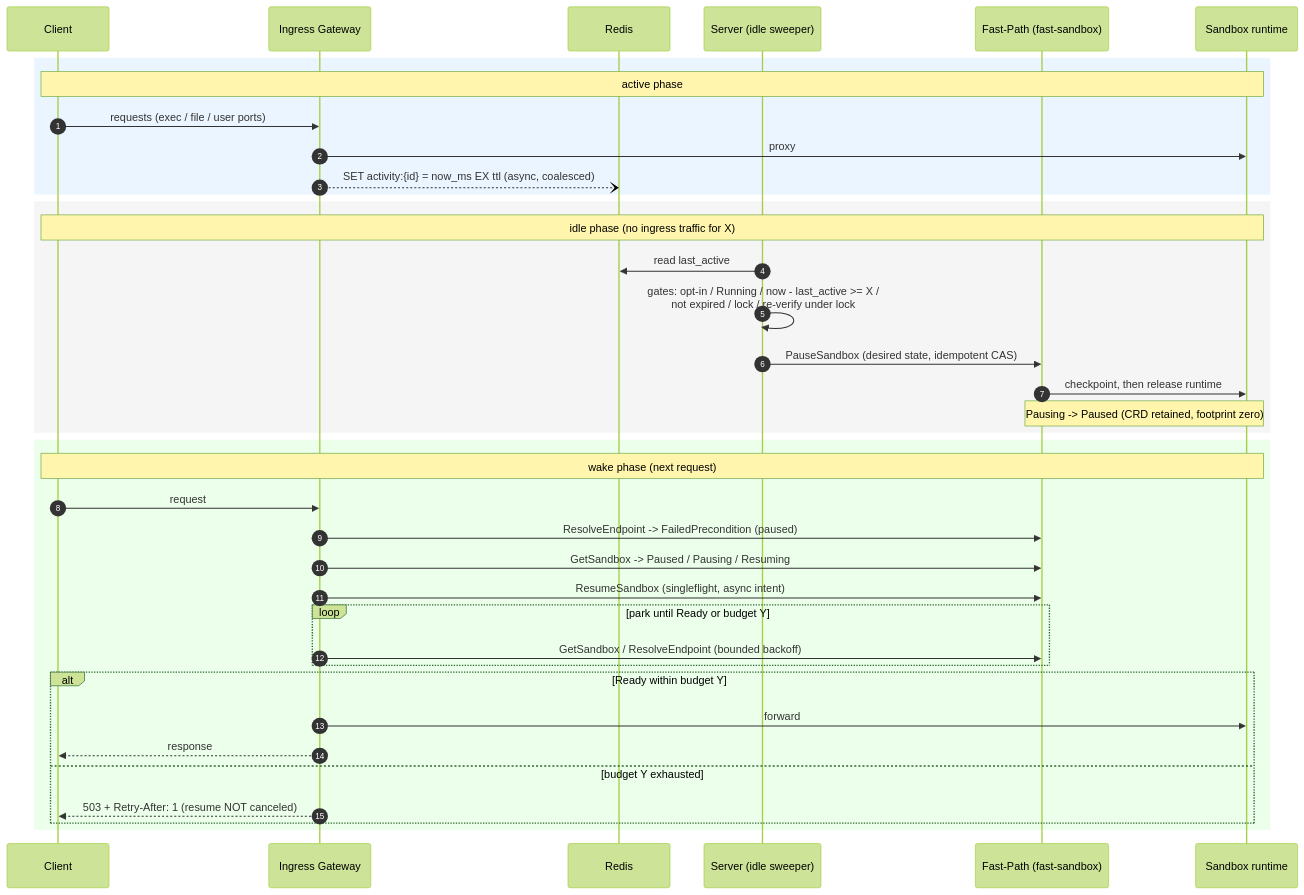
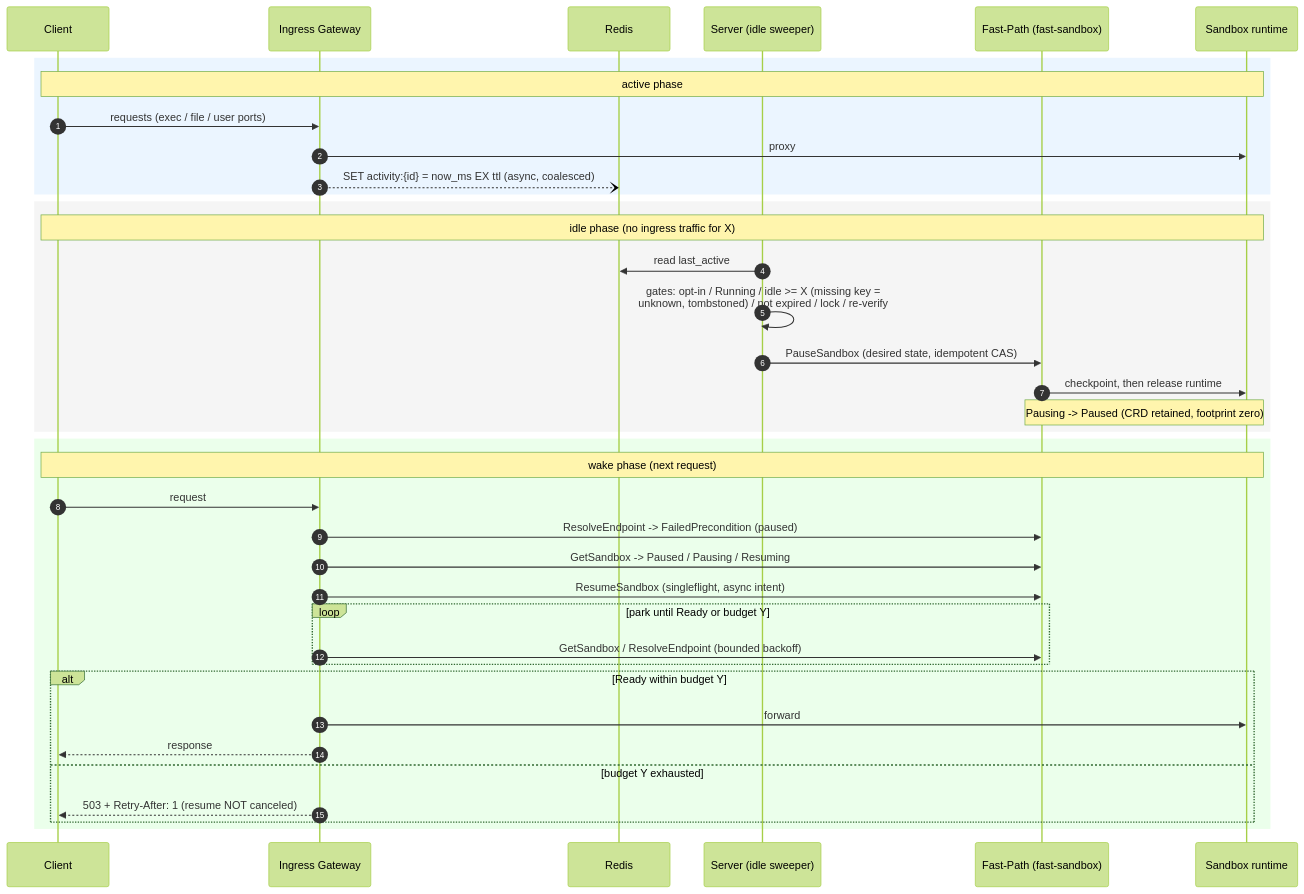
The first of 3 diagrams in oseps/0024-auto-pause-and-wake-on-access-for-fast-sandbox.md (Pangjiping/OpenSandbox), drawn with Mermaid (forest theme) before and after one commit. The commit also changed other lines of this file, not shown here.

````diff
--- a/oseps/0024-auto-pause-and-wake-on-access-for-fast-sandbox.md
+++ b/oseps/0024-auto-pause-and-wake-on-access-for-fast-sandbox.md
@@ -97,43 +98,43 @@
 ```mermaid
 sequenceDiagram
     autonumber
     participant C as Client
     participant IG as Ingress Gateway
     participant R as Redis
     participant S as Server (idle sweeper)
     participant FP as Fast-Path (fast-sandbox)
     participant VM as Sandbox runtime
 
     rect rgb(235, 245, 255)
     Note over C,VM: active phase
     C->>IG: requests (exec / file / user ports)
     IG->>VM: proxy
     IG--)R: SET activity:{id} = now_ms EX ttl (async, coalesced)
     end
 
     rect rgb(245, 245, 245)
     Note over C,VM: idle phase (no ingress traffic for X)
     S->>R: read last_active
-    S->>S: gates: opt-in / Running / now - last_active >= X /<br/>not expired / lock / re-verify under lock
+    S->>S: gates: opt-in / Running / idle >= X (missing key =<br/>unknown, tombstoned) / not expired / lock / re-verify
     S->>FP: PauseSandbox (desired state, idempotent CAS)
     FP->>VM: checkpoint, then release runtime
     Note over FP,VM: Pausing -> Paused (CRD retained, footprint zero)
     end
 
     rect rgb(235, 255, 235)
     Note over C,VM: wake phase (next request)
     C->>IG: request
     IG->>FP: ResolveEndpoint -> FailedPrecondition (paused)
     IG->>FP: GetSandbox -> Paused / Pausing / Resuming
     IG->>FP: ResumeSandbox (singleflight, async intent)
     loop park until Ready or budget Y
         IG->>FP: GetSandbox / ResolveEndpoint (bounded backoff)
     end
     alt Ready within budget Y
         IG->>VM: forward
         IG-->>C: response
     else budget Y exhausted
         IG-->>C: 503 + Retry-After: 1 (resume NOT canceled)
     end
     end
 ```
````
